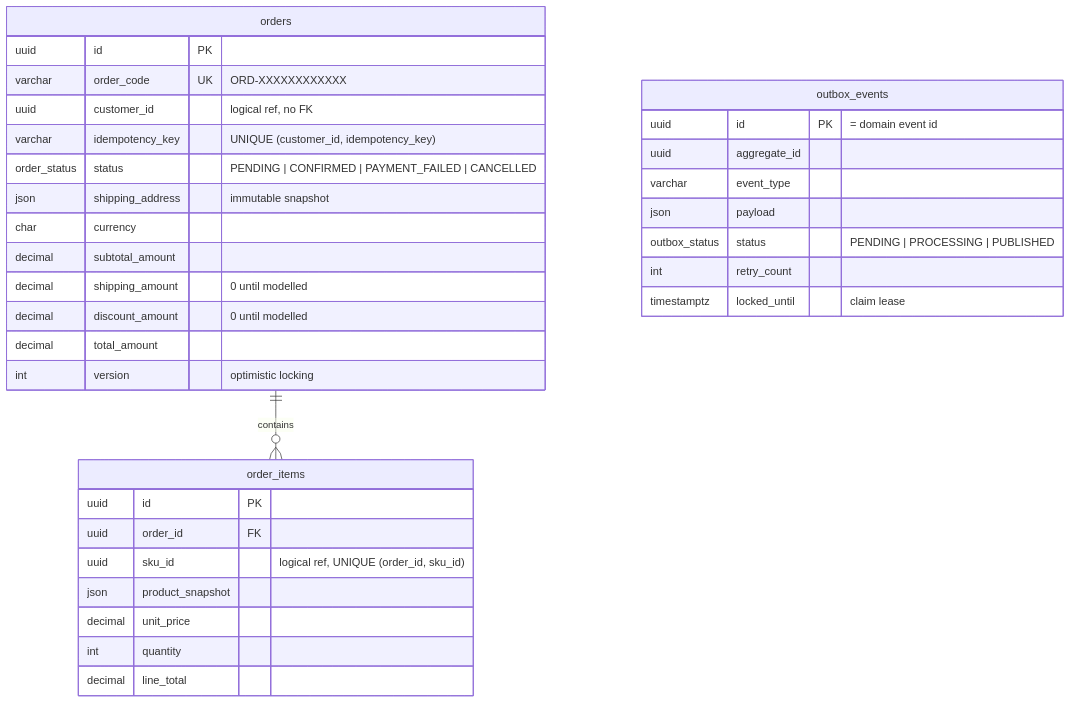
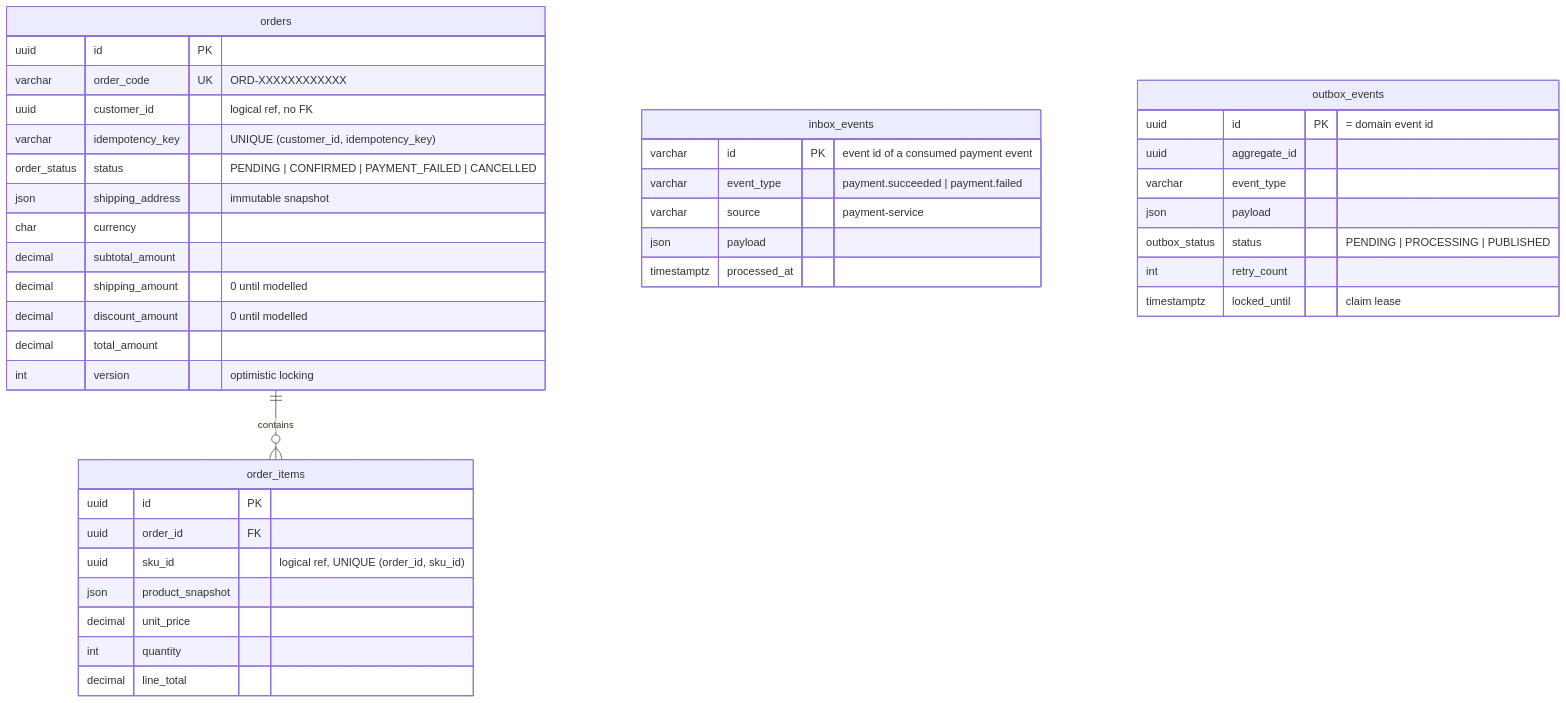
Before and after one commit to NamCaoDev/nestjs-ecommerce: the eighth of 11 diagrams in docs/system-design.md, drawn with Mermaid. The commit also changed other lines of this file and 79 other files, not shown here.

First line of the commit message:
feat(saga): exactly-once payment events (inbox, manual commits, DLQ) and payment state machine guards

````diff
--- a/docs/system-design.md
+++ b/docs/system-design.md
@@ -335,36 +335,43 @@
 ```mermaid
 erDiagram
   orders ||--o{ order_items : contains
   orders {
     uuid id PK
     varchar order_code UK "ORD-XXXXXXXXXXXX"
     uuid customer_id "logical ref, no FK"
     varchar idempotency_key "UNIQUE (customer_id, idempotency_key)"
     order_status status "PENDING | CONFIRMED | PAYMENT_FAILED | CANCELLED"
     json shipping_address "immutable snapshot"
     char currency
     decimal subtotal_amount
     decimal shipping_amount "0 until modelled"
     decimal discount_amount "0 until modelled"
     decimal total_amount
     int version "optimistic locking"
   }
   order_items {
     uuid id PK
     uuid order_id FK
     uuid sku_id "logical ref, UNIQUE (order_id, sku_id)"
     json product_snapshot
     decimal unit_price
     int quantity
     decimal line_total
   }
+  inbox_events {
+    varchar id PK "event id of a consumed payment event"
+    varchar event_type "payment.succeeded | payment.failed"
+    varchar source "payment-service"
+    json payload
+    timestamptz processed_at
+  }
   outbox_events {
     uuid id PK "= domain event id"
     uuid aggregate_id
     varchar event_type
     json payload
     outbox_status status "PENDING | PROCESSING | PUBLISHED"
     int retry_count
     timestamptz locked_until "claim lease"
   }
 ```
````
